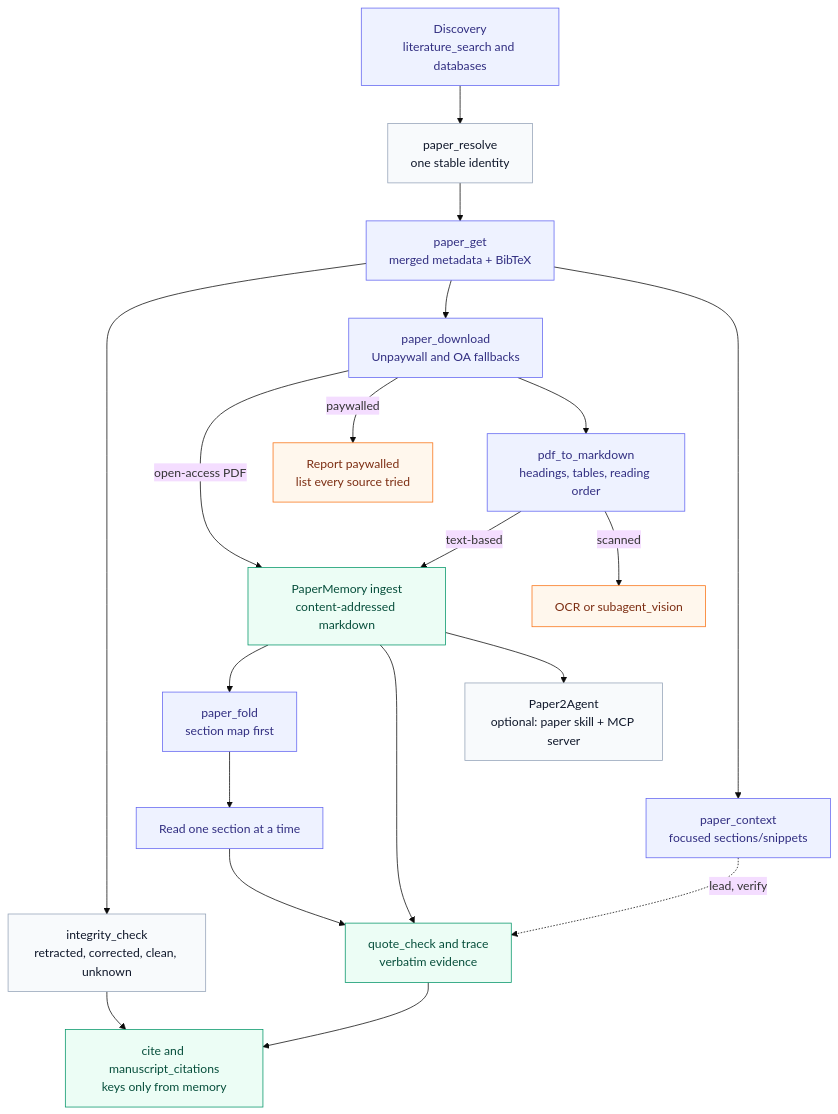
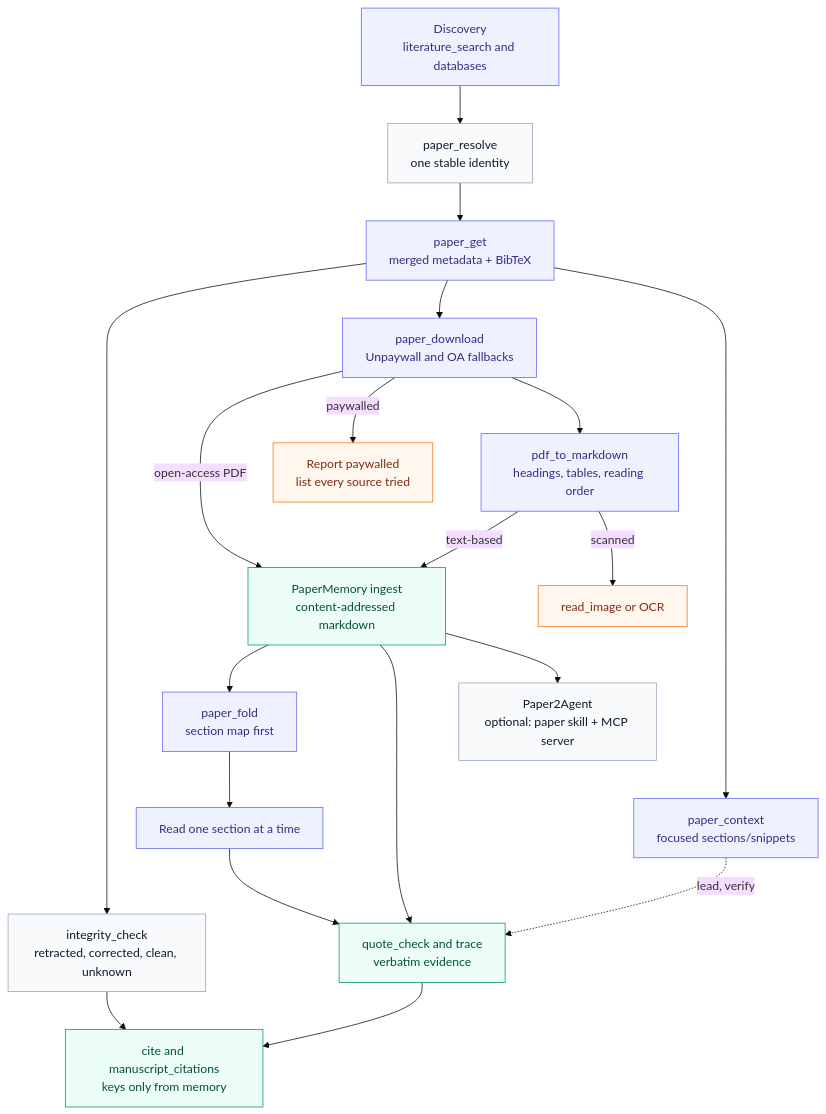
One commit to raktim-mondol/academic-harness changed the diagram in docs/diagrams/paper-pipeline.mmd. Above: the diagram before and after it, drawn with Mermaid (base theme). The commit also changed 43 other files, not shown here.

```diff
--- a/docs/diagrams/paper-pipeline.mmd
+++ b/docs/diagrams/paper-pipeline.mmd
@@ -1,32 +1,32 @@
 flowchart TD
   discover[Discovery<br/>literature_search and databases] --> resolve[paper_resolve<br/>one stable identity]
   resolve --> get[paper_get<br/>merged metadata + BibTeX]
   get --> integrity[integrity_check<br/>retracted, corrected, clean, unknown]
   get --> download[paper_download<br/>Unpaywall and OA fallbacks]
   get --> context[paper_context<br/>focused sections/snippets]
 
   context -.->|lead, verify| quote[quote_check and trace<br/>verbatim evidence]
 
   download -->|open-access PDF| ingest[PaperMemory ingest<br/>content-addressed markdown]
   download -->|paywalled| paywall[Report paywalled<br/>list every source tried]
   download --> convert[pdf_to_markdown<br/>headings, tables, reading order]
   convert -->|text-based| ingest
-  convert -->|scanned| vision[OCR or subagent_vision]
+  convert -->|scanned| vision[read_image or OCR]
 
   ingest --> fold[paper_fold<br/>section map first]
   ingest --> quote
   fold --> read[Read one section at a time]
   read --> quote
 
   quote --> cite[cite and manuscript_citations<br/>keys only from memory]
   integrity --> cite
   ingest --> agent[Paper2Agent<br/>optional: paper skill + MCP server]
 
   classDef discovery fill:#eef2ff,stroke:#6366f1,color:#312e81
   classDef evidence fill:#ecfdf5,stroke:#059669,color:#064e3b
   classDef warn fill:#fff7ed,stroke:#f97316,color:#7c2d12
   classDef optional fill:#f8fafc,stroke:#94a3b8,color:#0f172a
   class discover,get,context,download,convert,fold,read discovery
   class ingest,quote,cite evidence
   class paywall,vision warn
   class resolve,integrity,agent optional
```
